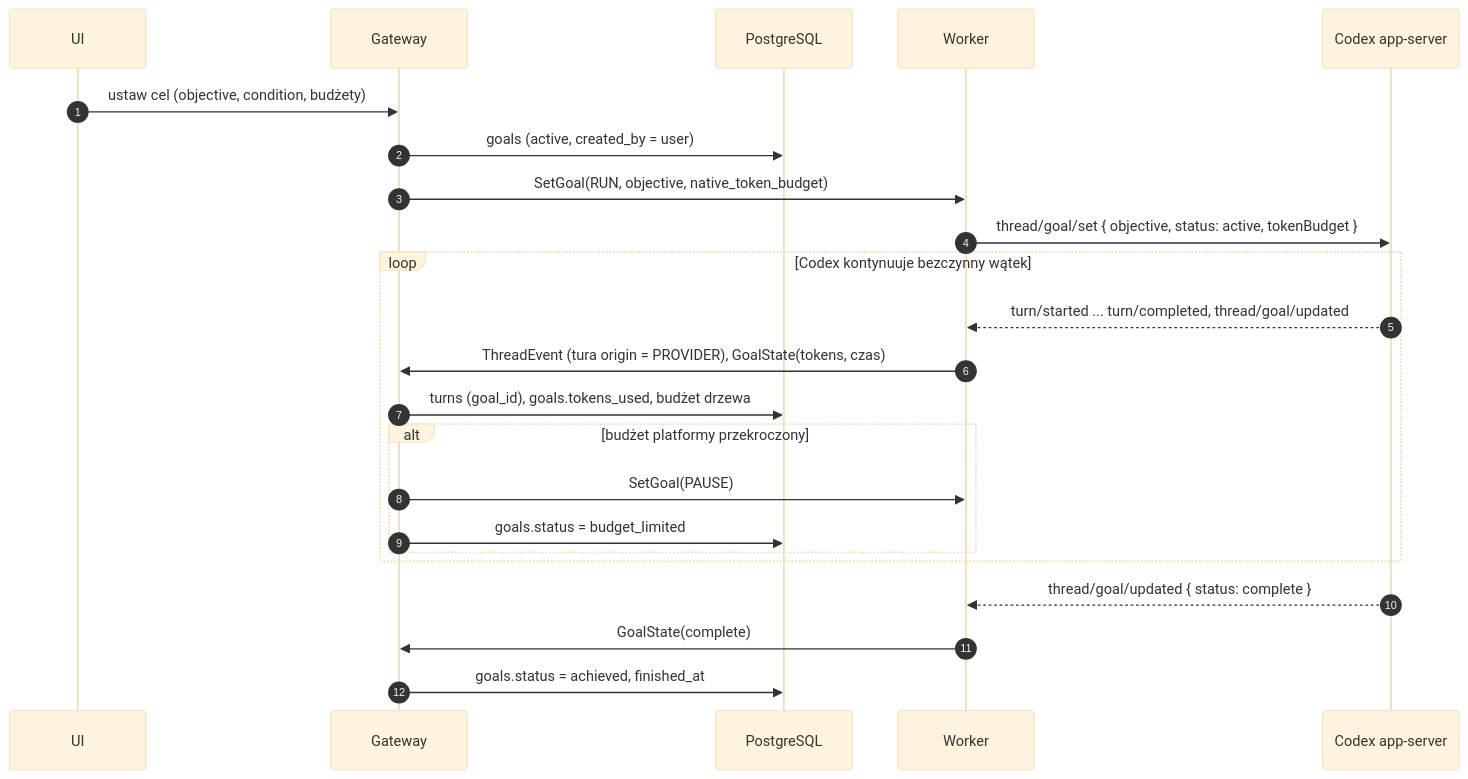
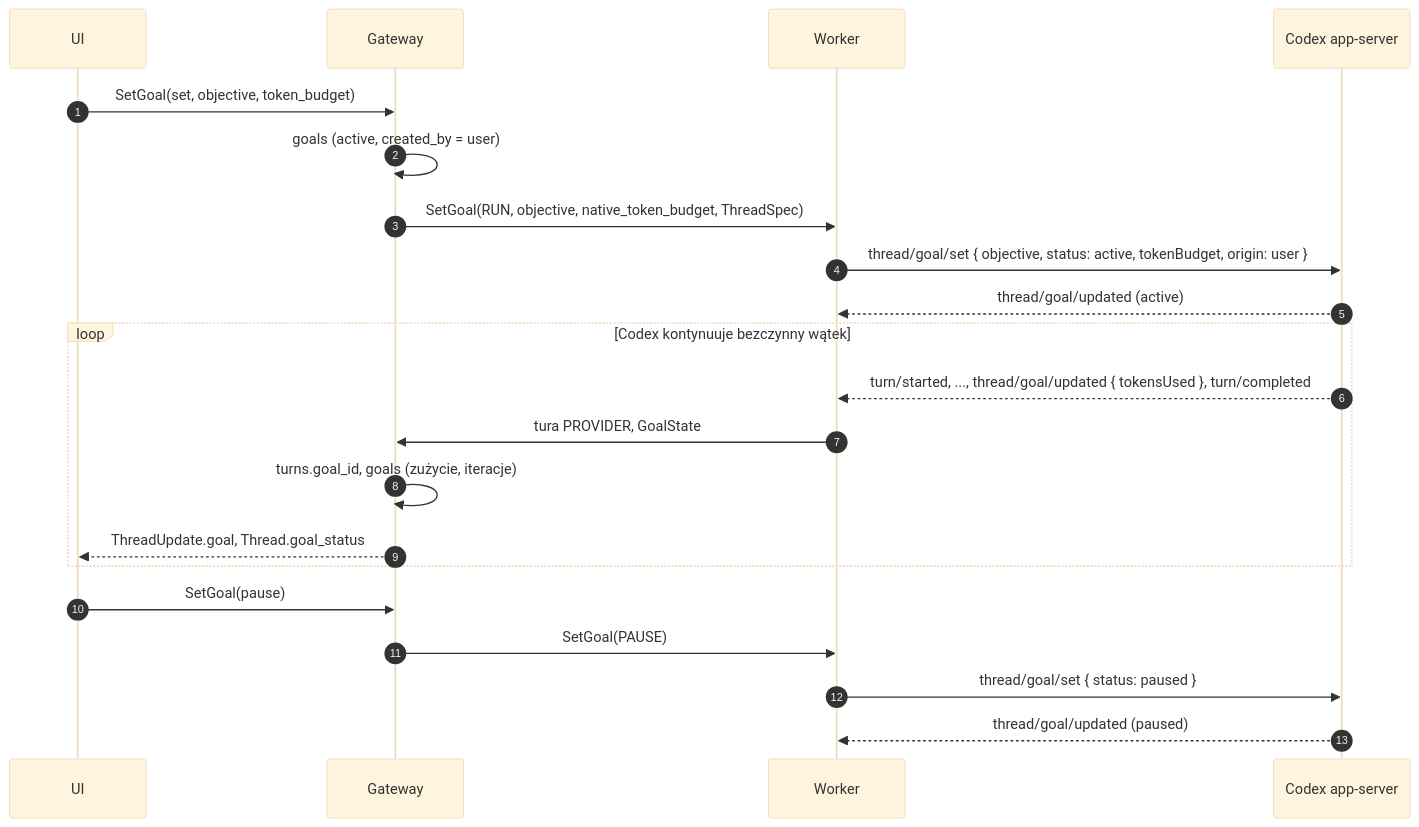
The diagram in docs/goals.md (itsoltech/canopy), drawn with Mermaid (base theme) before and after one commit. The commit also changed other lines of this file and 11 other files, not shown here.

First line of the commit message:
Docs: harness goals tracked by the platform, provider background work

````diff
--- a/docs/goals.md
+++ b/docs/goals.md
@@ -79,26 +65,24 @@
 ```mermaid
 sequenceDiagram
     autonumber
     participant UI
     participant GW as Gateway
-    participant DB as PostgreSQL
     participant W as Worker
     participant C as Codex app-server
 
-    UI->>GW: ustaw cel (objective, condition, budżety)
-    GW->>DB: goals (active, created_by = user)
-    GW->>W: SetGoal(RUN, objective, native_token_budget)
-    W->>C: thread/goal/set { objective, status: active, tokenBudget }
+    UI->>GW: SetGoal(set, objective, token_budget)
+    GW->>GW: goals (active, created_by = user)
+    GW->>W: SetGoal(RUN, objective, native_token_budget, ThreadSpec)
+    W->>C: thread/goal/set { objective, status: active, tokenBudget, origin: user }
+    C-->>W: thread/goal/updated (active)
     loop Codex kontynuuje bezczynny wątek
-        C-->>W: turn/started ... turn/completed, thread/goal/updated
-        W->>GW: ThreadEvent (tura origin = PROVIDER), GoalState(tokens, czas)
-        GW->>DB: turns (goal_id), goals.tokens_used, budżet drzewa
-        alt budżet platformy przekroczony
-            GW->>W: SetGoal(PAUSE)
-            GW->>DB: goals.status = budget_limited
-        end
+        C-->>W: turn/started, ..., thread/goal/updated { tokensUsed }, turn/completed
+        W->>GW: tura PROVIDER, GoalState
+        GW->>GW: turns.goal_id, goals (zużycie, iteracje)
+        GW-->>UI: ThreadUpdate.goal, Thread.goal_status
     end
-    C-->>W: thread/goal/updated { status: complete }
-    W->>GW: GoalState(complete)
-    GW->>DB: goals.status = achieved, finished_at
+    UI->>GW: SetGoal(pause)
+    GW->>W: SetGoal(PAUSE)
+    W->>C: thread/goal/set { status: paused }
+    C-->>W: thread/goal/updated (paused)
 ```
````
